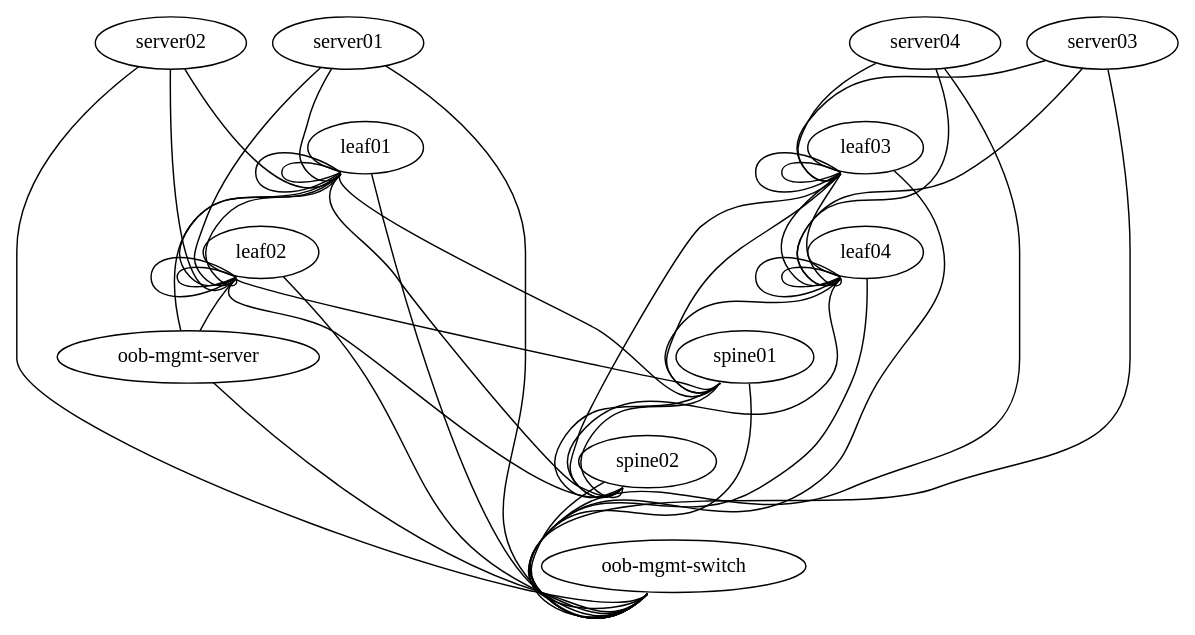
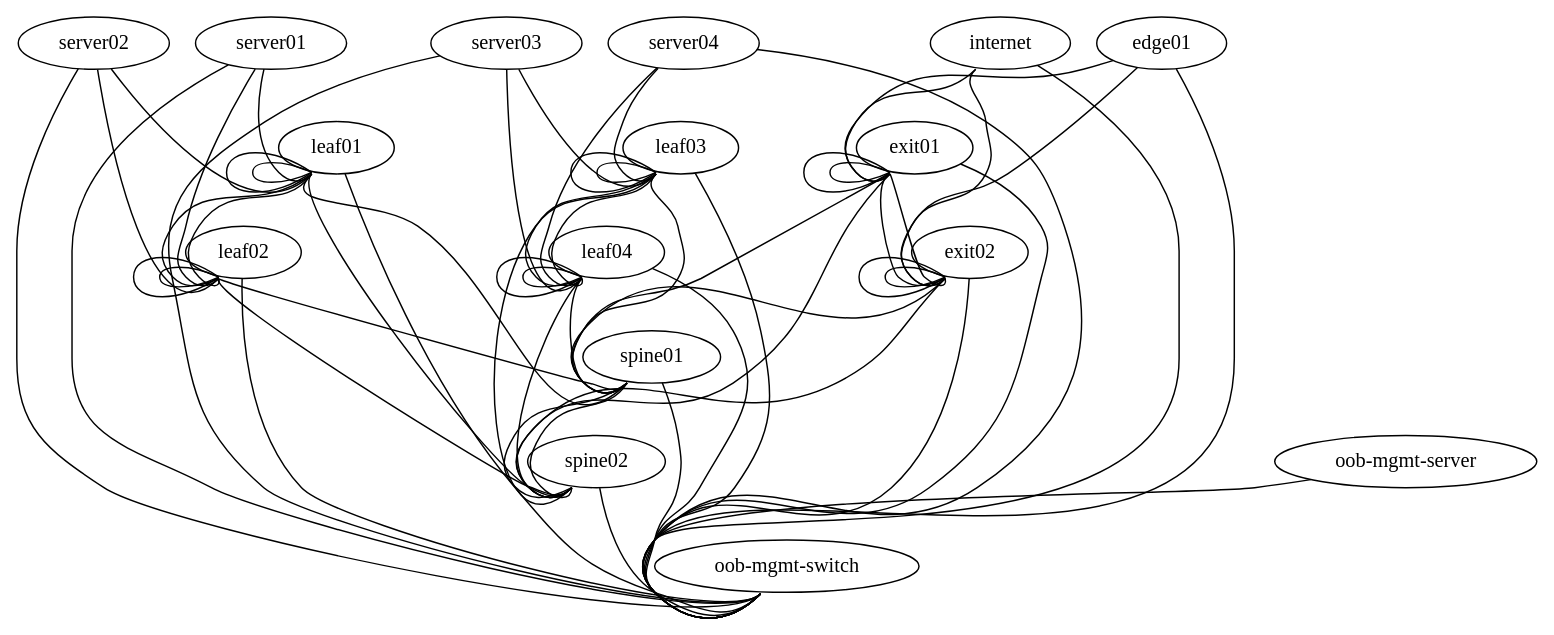
The diagram in topology.ref.dot (CumulusNetworks/sims-vagrant), drawn with Graphviz before and after one commit. The commit also changed 1 other file, not shown here.

```diff
--- a/topology.ref.dot
+++ b/topology.ref.dot
@@ -1,63 +1,86 @@
 graph vx {
- "leaf01" [function="leaf" os="CumulusCommunity/cumulus-vx" version="3.4.3" memory="1024" config="./helper_scripts/config_switch.sh" ]
- "leaf02" [function="leaf" os="CumulusCommunity/cumulus-vx" version="3.4.3" memory="1024" config="./helper_scripts/config_switch.sh" ]
- "leaf03" [function="leaf" os="CumulusCommunity/cumulus-vx" version="3.4.3" memory="1024" config="./helper_scripts/config_switch.sh" ]
- "leaf04" [function="leaf" os="CumulusCommunity/cumulus-vx" version="3.4.3" memory="1024" config="./helper_scripts/config_switch.sh" ]
- "spine01" [function="spine" os="CumulusCommunity/cumulus-vx" version="3.4.3" memory="1024" config="./helper_scripts/config_switch.sh" ]
- "spine02" [function="spine" os="CumulusCommunity/cumulus-vx" version="3.4.3" memory="1024" config="./helper_scripts/config_switch.sh" ]
- "server01" [function="host" os="yk0/ubuntu-xenial" memory="4096" config="./helper_scripts/config_server.sh" ]
- "server02" [function="host" os="yk0/ubuntu-xenial" memory="1024" config="./helper_scripts/config_server.sh" ]
- "server03" [function="host" os="yk0/ubuntu-xenial" memory="1024" config="./helper_scripts/config_server.sh" ]
- "server04" [function="host" os="yk0/ubuntu-xenial" memory="1024" config="./helper_scripts/config_server.sh" ]
- "oob-mgmt-switch" [function="oob-switch" vagrant="eth0" os="CumulusCommunity/cumulus-vx" version="3.4.3" memory="512" config="./helper_scripts/config_oob_switch.sh" ]
- "oob-mgmt-server" [function="oob-server" vagrant="eth0" os="cumulus-netq-telemetry-server-1.2.0"  memory="4096" config="./helper_scripts/config_oob_server.sh" ]
+ "leaf01" [function="leaf" os="CL_VERS" memory="1024" ]
+ "leaf02" [function="leaf" os="CL_VERS" memory="1024" ]
+ "leaf03" [function="leaf" os="CL_VERS" memory="1024" ]
+ "leaf04" [function="leaf" os="CL_VERS" memory="1024" ]
+ "spine01" [function="spine" os="CL_VERS" memory="1024" ]
+ "spine02" [function="spine" os="CL_VERS" memory="1024" ]
+ "exit01" [function="exit" os="CL_VERS" memory="1024"]
+ "exit02" [function="exit" os="CL_VERS" memory="1024"]
+ "server01" [function="host" os="yk0/ubuntu-xenial" memory="512" config="./helper_scripts/config_server.sh" ]
+ "server02" [function="host" os="yk0/ubuntu-xenial" memory="512" config="./helper_scripts/config_server.sh" ]
+ "server03" [function="host" os="yk0/ubuntu-xenial" memory="512" config="./helper_scripts/config_server.sh" ]
+ "server04" [function="host" os="yk0/ubuntu-xenial" memory="512" config="./helper_scripts/config_server.sh" ]
+ "edge01" [function="host" os="yk0/ubuntu-xenial" memory="768" config="./helper_scripts/config_server.sh" ]
+ "internet" [function="internet" vagrant="swp48" os="CL_VERS" memory="1024" ]
+ "oob-mgmt-switch" [function="oob-switch" vagrant="eth0" os="CumulusCommunity/cumulus-vx" version="3.5.3" memory="512" config="./helper_scripts/config_oob_switch.sh" ]
+ "oob-mgmt-server" [function="oob-server" vagrant="eth0" os="TS_VERS" memory="4096" config="./helper_scripts/config_oob_server.sh" ]
 
  "leaf01":"swp51" -- "spine01":"swp1"
  "leaf02":"swp51" -- "spine01":"swp2"
  "leaf03":"swp51" -- "spine01":"swp3"
  "leaf04":"swp51" -- "spine01":"swp4"
  "leaf01":"swp52" -- "spine02":"swp1"
  "leaf02":"swp52" -- "spine02":"swp2"
  "leaf03":"swp52" -- "spine02":"swp3"
  "leaf04":"swp52" -- "spine02":"swp4"
 
  "leaf01":"swp49" -- "leaf02":"swp49"
  "leaf01":"swp50" -- "leaf02":"swp50"
  "leaf03":"swp49" -- "leaf04":"swp49"
  "leaf03":"swp50" -- "leaf04":"swp50"
 
  "spine01":"swp31" -- "spine02":"swp31"
  "spine01":"swp32" -- "spine02":"swp32"
+ "exit01":"swp49" -- "exit02":"swp49"
+ "exit01":"swp50" -- "exit02":"swp50"
 
  "server01":"eth1" -- "leaf01":"swp1" [left_mac="00:03:00:11:11:01"]
  "server01":"eth2" -- "leaf02":"swp1" [left_mac="00:03:00:11:11:02"]
  "server02":"eth1" -- "leaf01":"swp2" [left_mac="00:03:00:22:22:01"]
  "server02":"eth2" -- "leaf02":"swp2" [left_mac="00:03:00:22:22:02"]
  "server03":"eth1" -- "leaf03":"swp1" [left_mac="00:03:00:33:33:01"]
  "server03":"eth2" -- "leaf04":"swp1" [left_mac="00:03:00:33:33:02"]
  "server04":"eth1" -- "leaf03":"swp2" [left_mac="00:03:00:44:44:01"]
  "server04":"eth2" -- "leaf04":"swp2" [left_mac="00:03:00:44:44:02"]
 
- "leaf01":"swp44" -- "oob-mgmt-server":"eth2"
+ "exit01":"swp51" -- "spine01":"swp30"
+ "exit01":"swp52" -- "spine02":"swp30"
+ "exit02":"swp51" -- "spine01":"swp29"
+ "exit02":"swp52" -- "spine02":"swp29"
+ "exit01":"swp45" -- "exit01":"swp46"
+ "exit01":"swp47" -- "exit01":"swp48"
+ "exit02":"swp45" -- "exit02":"swp46"
+ "exit02":"swp47" -- "exit02":"swp48"
+
  "leaf01":"swp45" -- "leaf01":"swp46"
  "leaf01":"swp47" -- "leaf01":"swp48"
- "leaf02":"swp44" -- "oob-mgmt-server":"eth3"
  "leaf02":"swp45" -- "leaf02":"swp46"
  "leaf02":"swp47" -- "leaf02":"swp48"
  "leaf03":"swp45" -- "leaf03":"swp46"
  "leaf03":"swp47" -- "leaf03":"swp48"
  "leaf04":"swp45" -- "leaf04":"swp46"
  "leaf04":"swp47" -- "leaf04":"swp48"
+
+ "internet":"swp1" -- "exit01":"swp44"
+ "internet":"swp2" -- "exit02":"swp44"
+
+ "edge01":"eth1" -- "exit01":"swp1"
+ "edge01":"eth2" -- "exit02":"swp1"
 
  "oob-mgmt-server":"eth1" -- "oob-mgmt-switch":"swp1" [right_mac="a0:00:00:00:00:61"]
  "server01":"eth0" -- "oob-mgmt-switch":"swp2" [left_mac="a0:00:00:00:00:31"]
  "server02":"eth0" -- "oob-mgmt-switch":"swp3" [left_mac="a0:00:00:00:00:32"]
  "server03":"eth0" -- "oob-mgmt-switch":"swp4" [left_mac="a0:00:00:00:00:33"]
  "server04":"eth0" -- "oob-mgmt-switch":"swp5" [left_mac="a0:00:00:00:00:34"]
  "leaf01":"eth0" -- "oob-mgmt-switch":"swp6" [left_mac="a0:00:00:00:00:11"]
  "leaf02":"eth0" -- "oob-mgmt-switch":"swp7" [left_mac="a0:00:00:00:00:12"]
  "leaf03":"eth0" -- "oob-mgmt-switch":"swp8" [left_mac="a0:00:00:00:00:13"]
  "leaf04":"eth0" -- "oob-mgmt-switch":"swp9" [left_mac="a0:00:00:00:00:14"]
  "spine01":"eth0" -- "oob-mgmt-switch":"swp10" [left_mac="a0:00:00:00:00:21"]
  "spine02":"eth0" -- "oob-mgmt-switch":"swp11" [left_mac="a0:00:00:00:00:22"]
+ "exit01":"eth0" -- "oob-mgmt-switch":"swp12" [left_mac="a0:00:00:00:00:41"]
+ "exit02":"eth0" -- "oob-mgmt-switch":"swp13" [left_mac="a0:00:00:00:00:42"]
+ "edge01":"eth0" -- "oob-mgmt-switch":"swp14" [left_mac="a0:00:00:00:00:51"]
+ "internet":"eth0" -- "oob-mgmt-switch":"swp15" [left_mac="a0:00:00:00:00:50"]
 }
```
